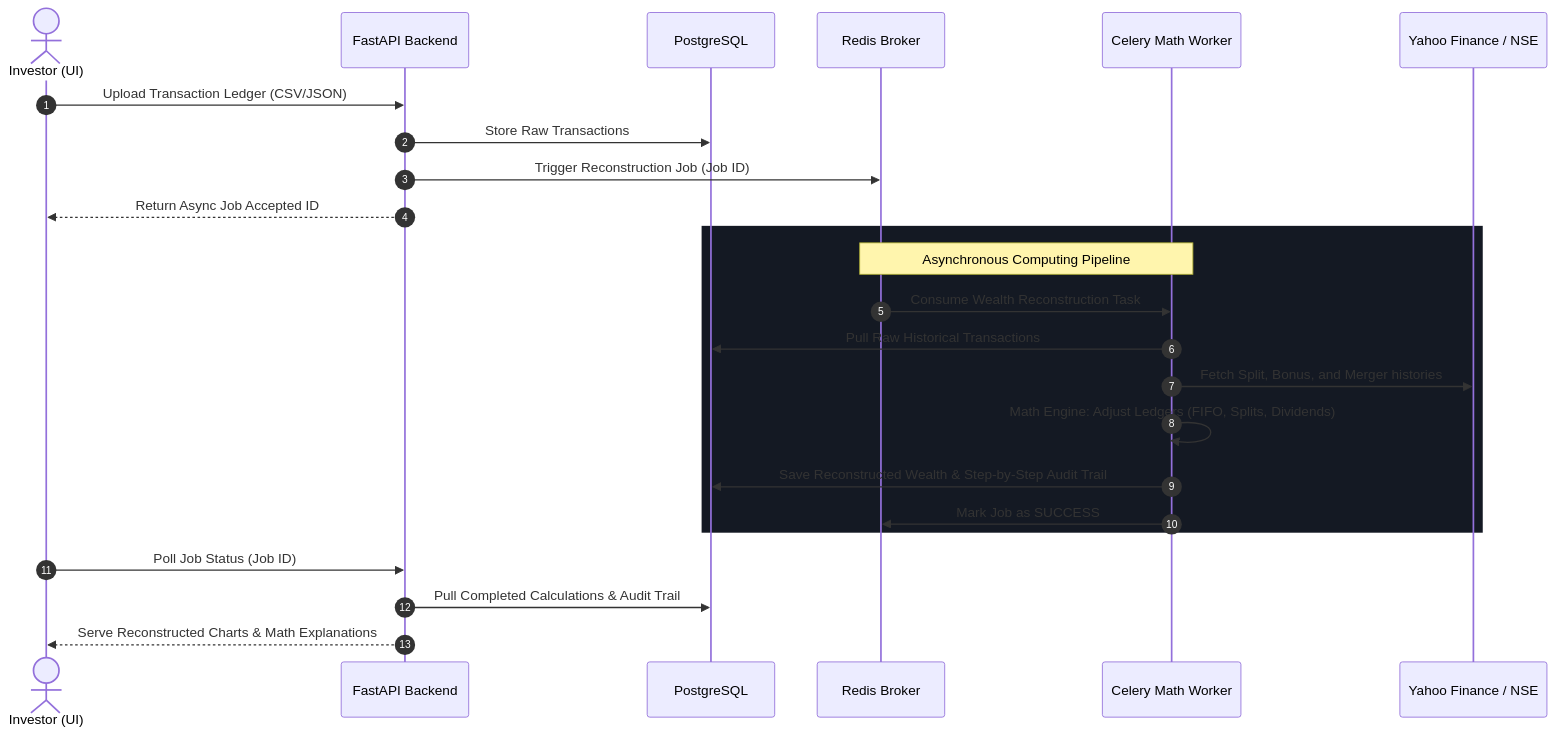
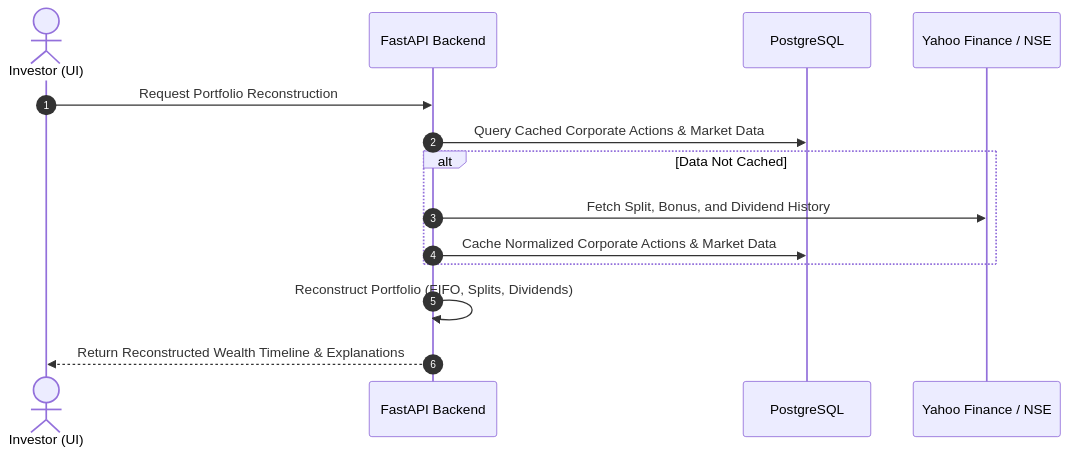
One commit to kavsss027/passiveWEALTH changed the diagram in README.md. Above: the diagram before and after it, drawn with Mermaid. The commit also changed other lines of this file and 1 other file, not shown here.

Commit message:
feat: fix price fetch auto_adjust, update README with frontend-v2 docs

````diff
--- a/README.md
+++ b/README.md
@@ -87,29 +104,17 @@
 ```mermaid
 sequenceDiagram
     autonumber
     actor User as Investor (UI)
     participant API as FastAPI Backend
     participant DB as PostgreSQL
-    participant Redis as Redis Broker
-    participant Worker as Celery Math Worker
     participant StockAPI as Yahoo Finance / NSE
 
-    User->>API: Upload Transaction Ledger (CSV/JSON)
-    API->>DB: Store Raw Transactions
-    API->>Redis: Trigger Reconstruction Job (Job ID)
-    API-->>User: Return Async Job Accepted ID
-    
-    rect rgb(20, 25, 35)
-        Note over Redis, Worker: Asynchronous Computing Pipeline
-        Redis->>Worker: Consume Wealth Reconstruction Task
-        Worker->>DB: Pull Raw Historical Transactions
-        Worker->>StockAPI: Fetch Split, Bonus, and Merger histories
-        Worker->>Worker: Math Engine: Adjust Ledgers (FIFO, Splits, Dividends)
-        Worker->>DB: Save Reconstructed Wealth & Step-by-Step Audit Trail
-        Worker->>Redis: Mark Job as SUCCESS
+    User->>API: Request Portfolio Reconstruction
+    API->>DB: Query Cached Corporate Actions & Market Data
+    alt Data Not Cached
+        API->>StockAPI: Fetch Split, Bonus, and Dividend History
+        API->>DB: Cache Normalized Corporate Actions & Market Data
     end
-    
-    User->>API: Poll Job Status (Job ID)
-    API->>DB: Pull Completed Calculations & Audit Trail
-    API-->>User: Serve Reconstructed Charts & Math Explanations
+    API->>API: Reconstruct Portfolio (FIFO, Splits, Dividends)
+    API-->>User: Return Reconstructed Wealth Timeline & Explanations
 ```
````
